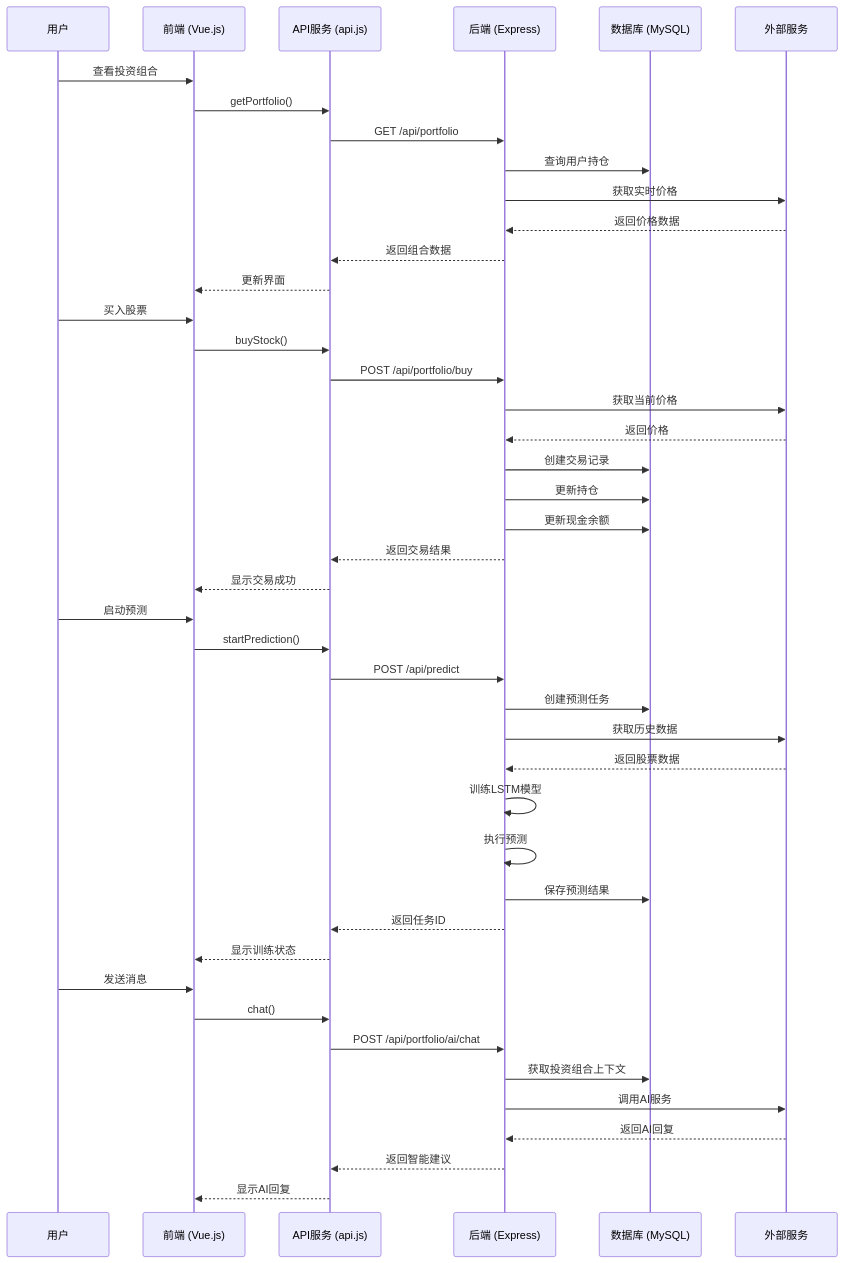
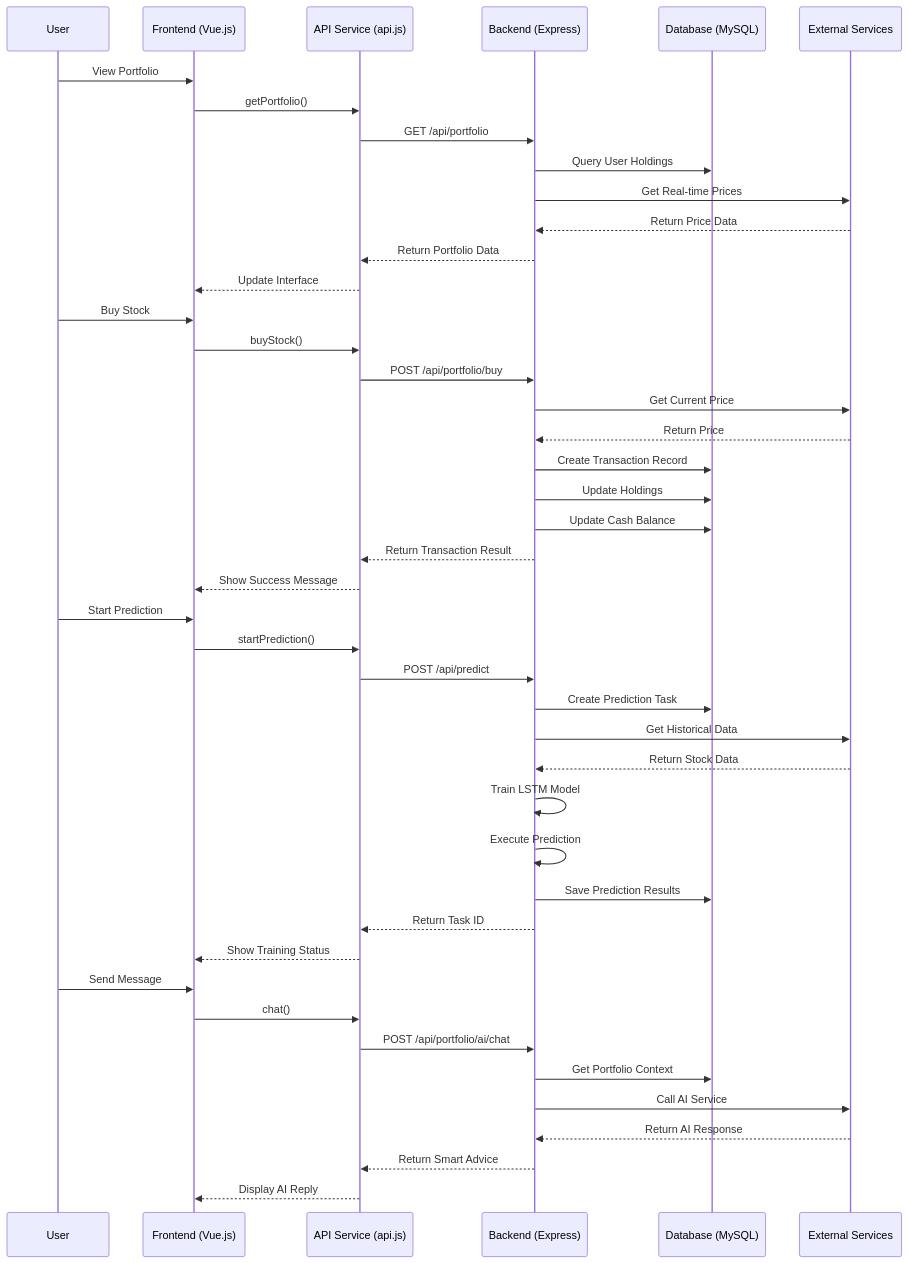
One commit to CDKStudy/Portfolio_Manager changed the second of 5 diagrams in backend/architecture.md. Above: the diagram before and after it, drawn with Mermaid.

````diff
--- a/backend/architecture.md
+++ b/backend/architecture.md
@@ -66,54 +66,54 @@
 ```mermaid
 sequenceDiagram
-    participant User as 用户
-    participant Frontend as 前端 (Vue.js)
-    participant API as API服务 (api.js)
-    participant Backend as 后端 (Express)
-    participant DB as 数据库 (MySQL)
-    participant External as 外部服务
+    participant User as User
+    participant Frontend as Frontend (Vue.js)
+    participant API as API Service (api.js)
+    participant Backend as Backend (Express)
+    participant DB as Database (MySQL)
+    participant External as External Services
 
-    %% 投资组合查看流程
-    User->>Frontend: 查看投资组合
+    %% Portfolio View Flow
+    User->>Frontend: View Portfolio
     Frontend->>API: getPortfolio()
     API->>Backend: GET /api/portfolio
-    Backend->>DB: 查询用户持仓
-    Backend->>External: 获取实时价格
-    External-->>Backend: 返回价格数据
-    Backend-->>API: 返回组合数据
-    API-->>Frontend: 更新界面
+    Backend->>DB: Query User Holdings
+    Backend->>External: Get Real-time Prices
+    External-->>Backend: Return Price Data
+    Backend-->>API: Return Portfolio Data
+    API-->>Frontend: Update Interface
 
-    %% 股票交易流程
-    User->>Frontend: 买入股票
+    %% Stock Trading Flow
+    User->>Frontend: Buy Stock
     Frontend->>API: buyStock()
     API->>Backend: POST /api/portfolio/buy
-    Backend->>External: 获取当前价格
-    External-->>Backend: 返回价格
-    Backend->>DB: 创建交易记录
-    Backend->>DB: 更新持仓
-    Backend->>DB: 更新现金余额
-    Backend-->>API: 返回交易结果
-    API-->>Frontend: 显示交易成功
+    Backend->>External: Get Current Price
+    External-->>Backend: Return Price
+    Backend->>DB: Create Transaction Record
+    Backend->>DB: Update Holdings
+    Backend->>DB: Update Cash Balance
+    Backend-->>API: Return Transaction Result
+    API-->>Frontend: Show Success Message
 
-    %% AI预测流程
-    User->>Frontend: 启动预测
+    %% AI Prediction Flow
+    User->>Frontend: Start Prediction
     Frontend->>API: startPrediction()
     API->>Backend: POST /api/predict
-    Backend->>DB: 创建预测任务
-    Backend->>External: 获取历史数据
-    External-->>Backend: 返回股票数据
-    Backend->>Backend: 训练LSTM模型
-    Backend->>Backend: 执行预测
-    Backend->>DB: 保存预测结果
-    Backend-->>API: 返回任务ID
-    API-->>Frontend: 显示训练状态
+    Backend->>DB: Create Prediction Task
+    Backend->>External: Get Historical Data
+    External-->>Backend: Return Stock Data
+    Backend->>Backend: Train LSTM Model
+    Backend->>Backend: Execute Prediction
+    Backend->>DB: Save Prediction Results
+    Backend-->>API: Return Task ID
+    API-->>Frontend: Show Training Status
 
-    %% AI聊天流程
-    User->>Frontend: 发送消息
+    %% AI Chat Flow
+    User->>Frontend: Send Message
     Frontend->>API: chat()
     API->>Backend: POST /api/portfolio/ai/chat
-    Backend->>DB: 获取投资组合上下文
-    Backend->>External: 调用AI服务
-    External-->>Backend: 返回AI回复
-    Backend-->>API: 返回智能建议
-    API-->>Frontend: 显示AI回复
+    Backend->>DB: Get Portfolio Context
+    Backend->>External: Call AI Service
+    External-->>Backend: Return AI Response
+    Backend-->>API: Return Smart Advice
+    API-->>Frontend: Display AI Reply
 ```
````
